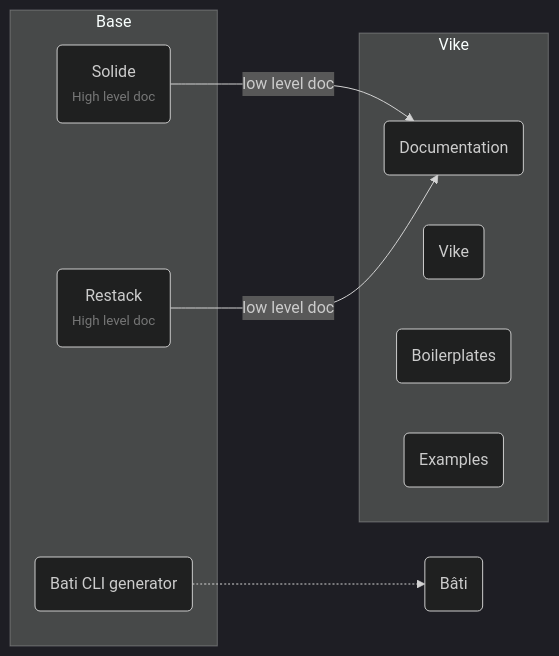
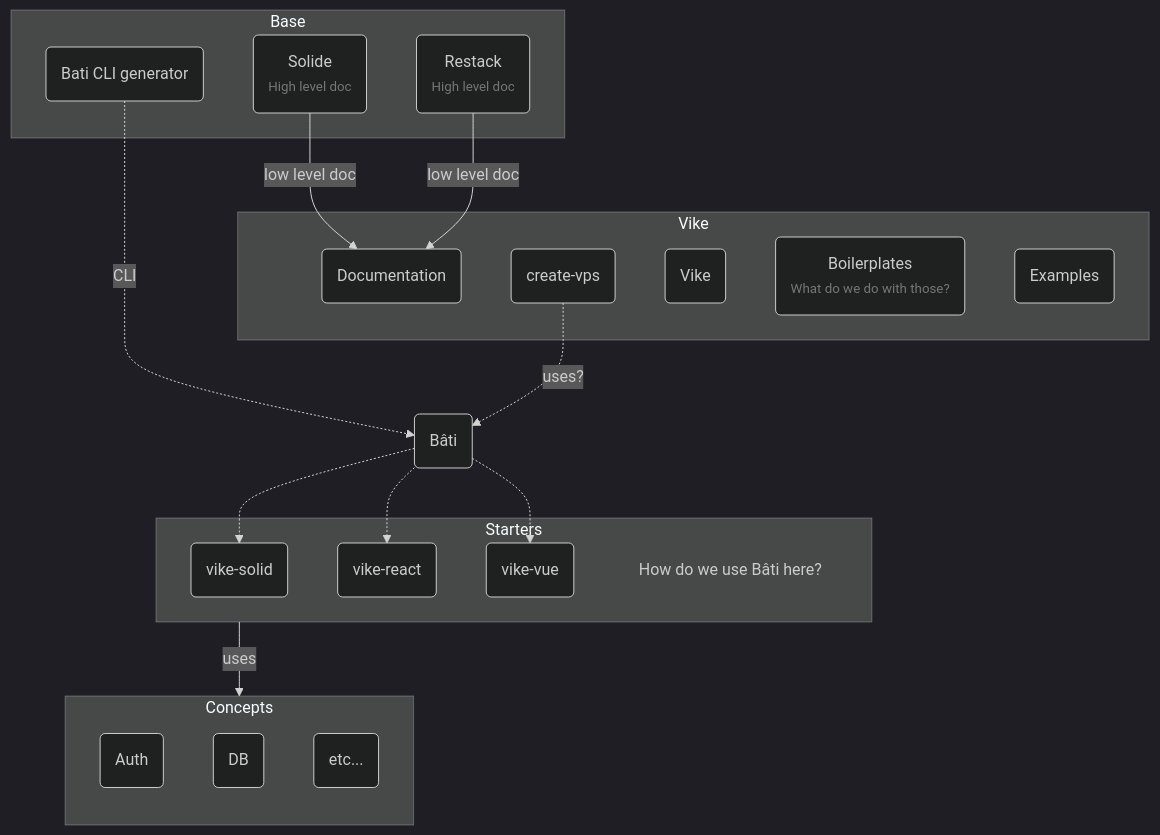
Before and after one commit to vikejs/bati: the diagram in doc/base.mmd, drawn with Mermaid.

```diff
--- a/doc/base.mmd
+++ b/doc/base.mmd
@@ -1,33 +1,60 @@
 %%{
   init: {
     "theme": "dark"
   }
 }%%
 
-flowchart LR
+flowchart TB
     Base_Solide -- low level doc --> Vike_doc
     Base_Restack -- low level doc --> Vike_doc
-    Base_bati_CLI .-> Bati
+    Base_bati_CLI -. CLI .-> Bati
+    Bati -.-> Starters_solid
+    Bati -.-> Starters_react
+    Bati -.-> Starters_vue
+    Vike_create -. uses? .-> Bati
+
+    Starters -- uses --> Concepts
 
     Bati("Bâti")
 
     subgraph Base
         Base_bati_CLI("
             Bati CLI generator
         ")
         Base_Solide("
             Solide
             <small style='opacity: 0.5'>High level doc</small>
         ")
         Base_Restack("
             Restack
             <small style='opacity: 0.5'>High level doc</small>
         ")
     end
 
     subgraph Vike
         Vike_lib("Vike")
-        Vike_boilerplates("Boilerplates")
+        Vike_boilerplates("
+            Boilerplates
+            <small style='opacity: 0.5'>What do we do with those?</small>
+        ")
         Vike_doc("Documentation")
         Vike_examples("Examples")
+        Vike_create("create-vps")
     end
+
+    subgraph Starters
+        text("
+            How do we use Bâti here?
+        ")
+        style text fill:transparent,stroke-width:0px
+        Starters_solid("vike-solid")
+        Starters_react("vike-react")
+        Starters_vue("vike-vue")
+    end
+
+    subgraph Concepts
+        direction TB
+        Concepts_auth("Auth")
+        Concepts_db("DB")
+        Concepts_etc("etc...")
+    end
```
